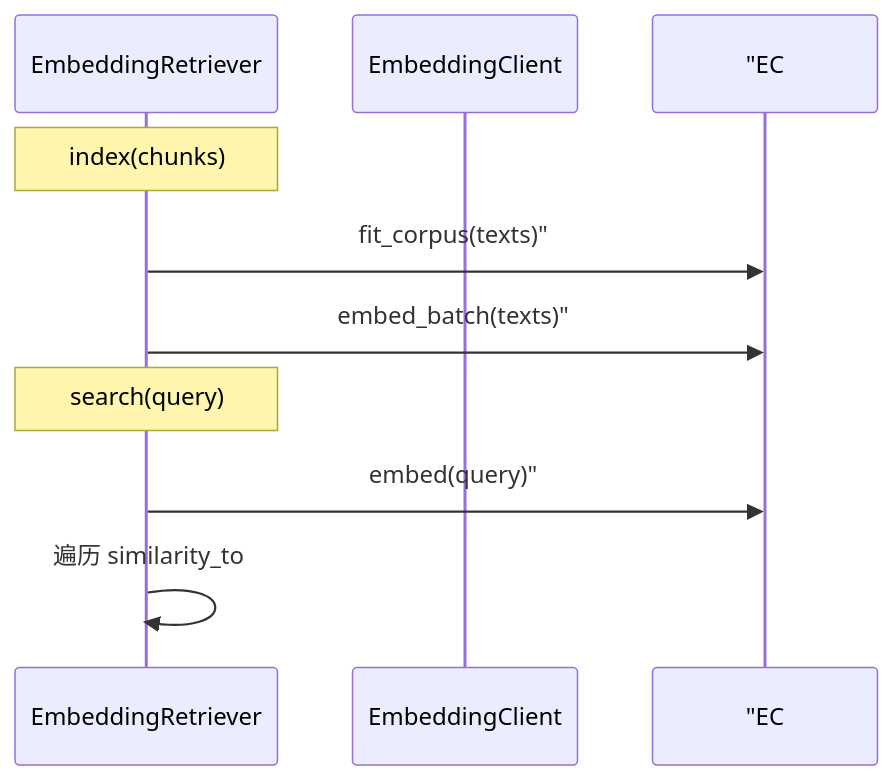
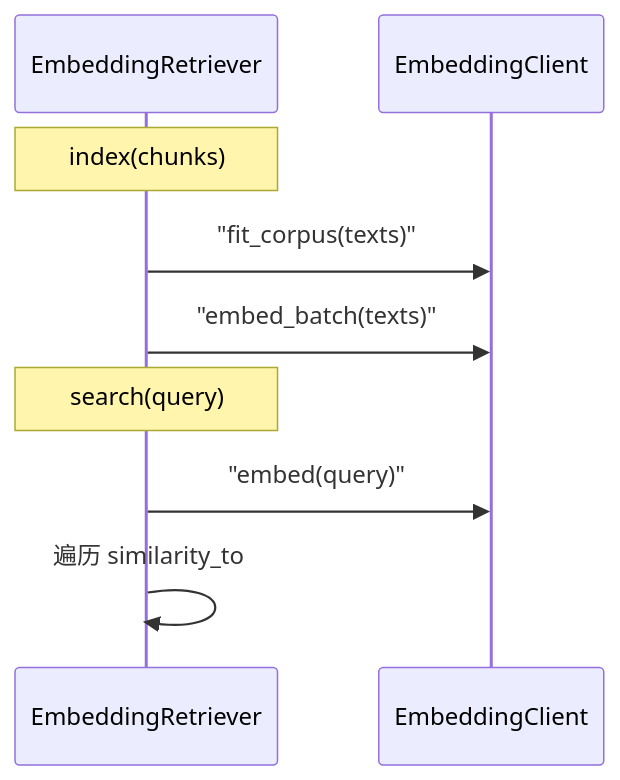
The diagram in course/day20/25_embedding精读.md (ab6539763/70_days_course_plus), drawn with Mermaid before and after one commit. The commit also changed 80 other files, not shown here.

First line of the commit message:
fix(course): 修复 Mermaid 图表渲染报错 + 同步嵌入代码快照

````diff
--- a/course/day20/25_embedding精读.md
+++ b/course/day20/25_embedding精读.md
@@ -102,12 +102,12 @@
 ```mermaid
 sequenceDiagram
     participant ER as EmbeddingRetriever
     participant EC as EmbeddingClient
 
     Note over ER: index(chunks)
-    ER->> "EC: fit_corpus(texts)"
-    ER->> "EC: embed_batch(texts)"
+    ER->>EC: "fit_corpus(texts)"
+    ER->>EC: "embed_batch(texts)"
     Note over ER: search(query)
-    ER->> "EC: embed(query)"
+    ER->>EC: "embed(query)"
     ER->>ER: 遍历 similarity_to
 ```
````
